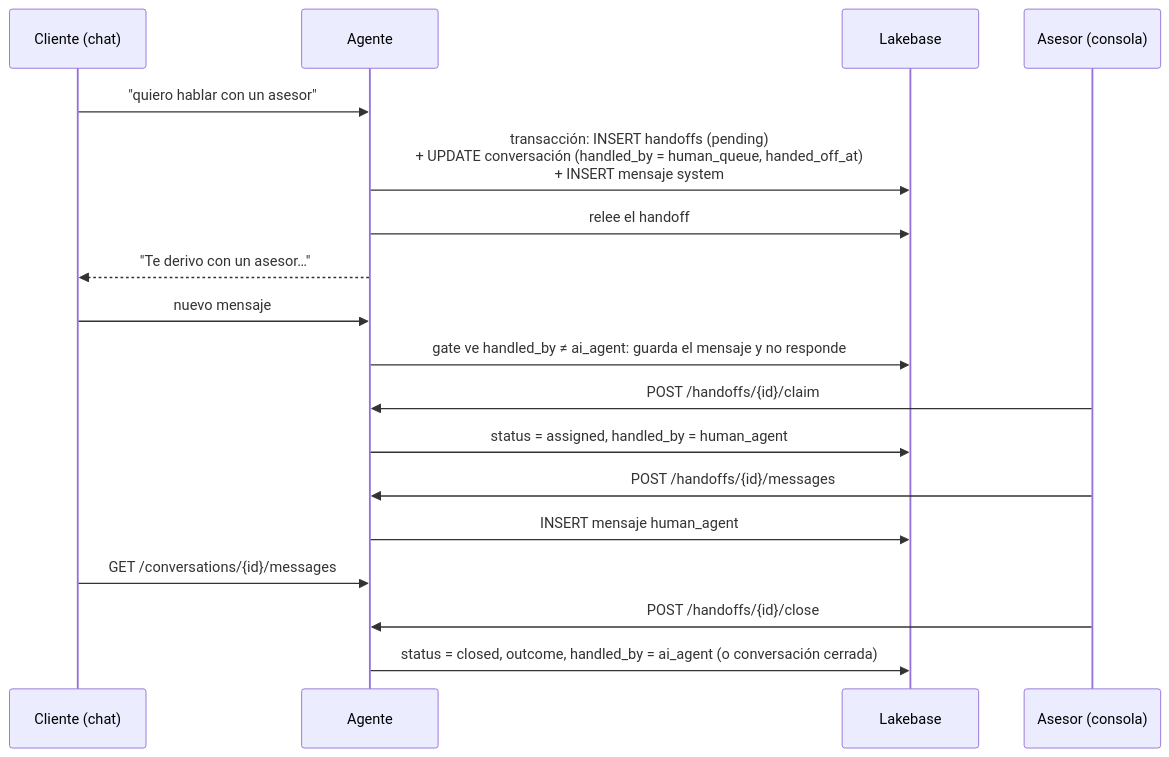
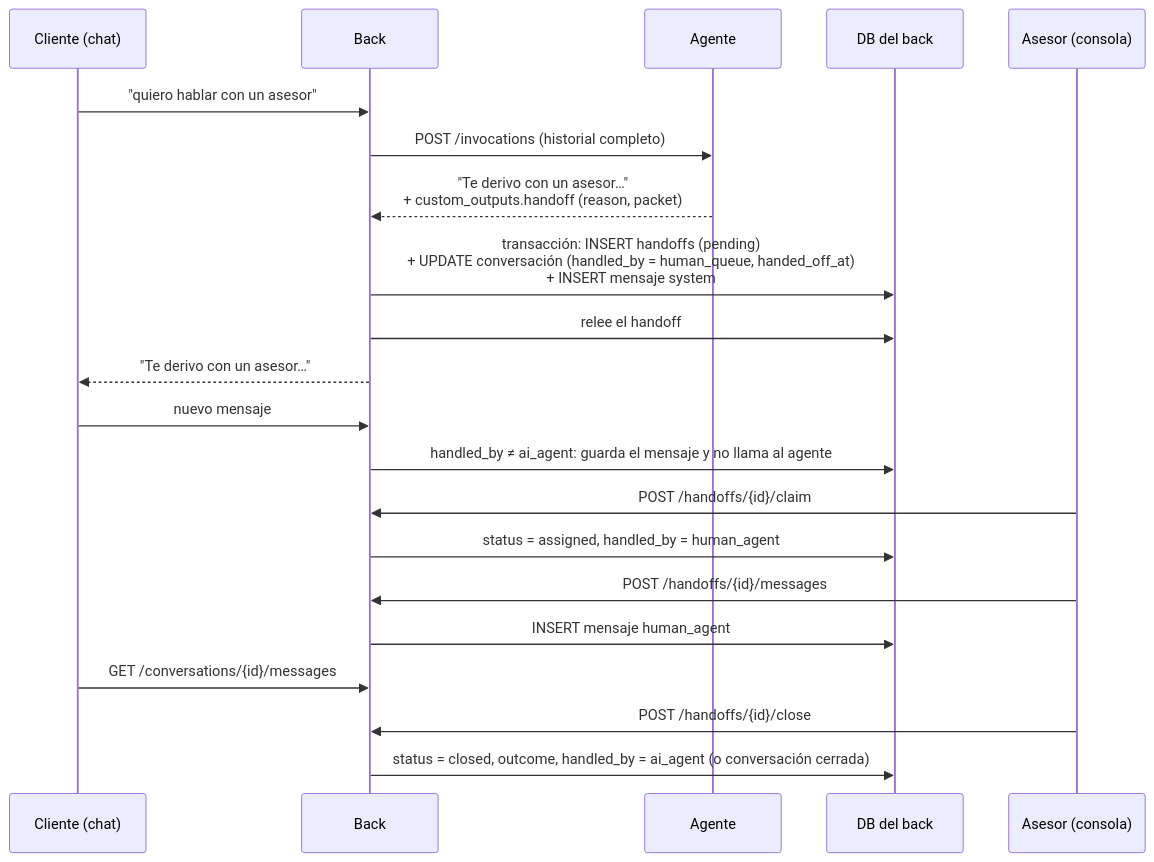
One commit to pqbas/factored-hackathon-2026-zenit changed the diagram in agent/docs/07-handoff.md. Above: the diagram before and after it, drawn with Mermaid. The commit also changed other lines of this file and 6 other files, not shown here.

Commit message:
Move conversation state, handoff storage and advisor assignment to the back in the roadmap and docs

````diff
--- a/agent/docs/07-handoff.md
+++ b/agent/docs/07-handoff.md
@@ -63,20 +66,23 @@
 ```mermaid
 sequenceDiagram
     participant C as Cliente (chat)
+    participant B as Back
     participant A as Agente
-    participant DB as Lakebase
+    participant DB as DB del back
     participant H as Asesor (consola)
-    C->>A: "quiero hablar con un asesor"
-    A->>DB: transacción: INSERT handoffs (pending)<br/>+ UPDATE conversación (handled_by = human_queue, handed_off_at)<br/>+ INSERT mensaje system
-    A->>DB: relee el handoff
-    A-->>C: "Te derivo con un asesor…"
-    C->>A: nuevo mensaje
-    A->>DB: gate ve handled_by ≠ ai_agent: guarda el mensaje y no responde
-    H->>A: POST /handoffs/{id}/claim
-    A->>DB: status = assigned, handled_by = human_agent
-    H->>A: POST /handoffs/{id}/messages
-    A->>DB: INSERT mensaje human_agent
-    C->>A: GET /conversations/{id}/messages
-    H->>A: POST /handoffs/{id}/close
-    A->>DB: status = closed, outcome, handled_by = ai_agent (o conversación cerrada)
+    C->>B: "quiero hablar con un asesor"
+    B->>A: POST /invocations (historial completo)
+    A-->>B: "Te derivo con un asesor…"<br/>+ custom_outputs.handoff (reason, packet)
+    B->>DB: transacción: INSERT handoffs (pending)<br/>+ UPDATE conversación (handled_by = human_queue, handed_off_at)<br/>+ INSERT mensaje system
+    B->>DB: relee el handoff
+    B-->>C: "Te derivo con un asesor…"
+    C->>B: nuevo mensaje
+    B->>DB: handled_by ≠ ai_agent: guarda el mensaje y no llama al agente
+    H->>B: POST /handoffs/{id}/claim
+    B->>DB: status = assigned, handled_by = human_agent
+    H->>B: POST /handoffs/{id}/messages
+    B->>DB: INSERT mensaje human_agent
+    C->>B: GET /conversations/{id}/messages
+    H->>B: POST /handoffs/{id}/close
+    B->>DB: status = closed, outcome, handled_by = ai_agent (o conversación cerrada)
 ```
````
